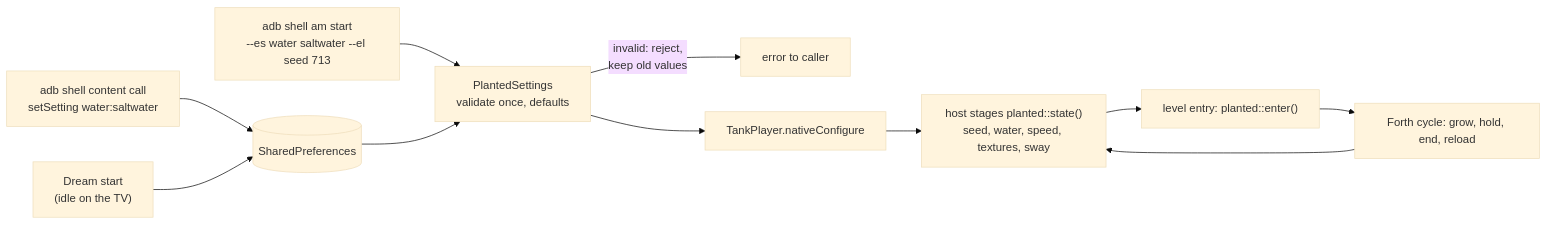
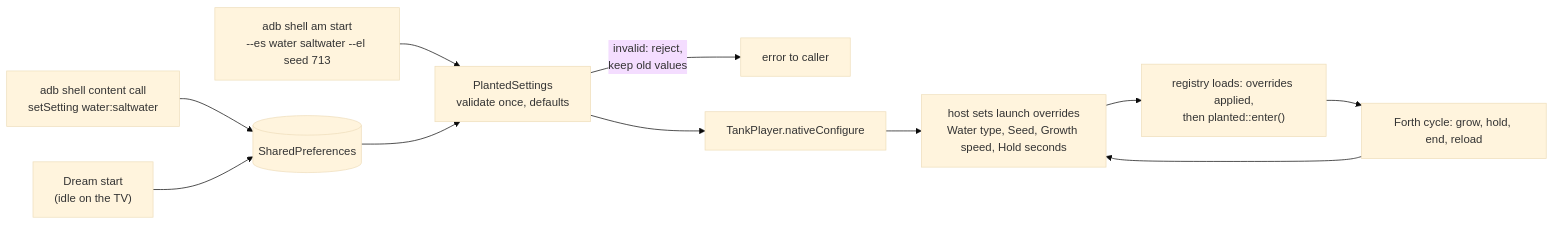
One commit to wbniv/WorldFoundry changed the third of 3 diagrams in docs/plans/2026-10-21-planted-tank-screensaver.md. Above: the diagram before and after it, drawn with Mermaid (base theme). The commit also changed other lines of this file and 9 other files, not shown here.

First line of the commit message:
Planted Tank plan: plants only, generic seam approved, hold stays a parameter

````diff
--- a/docs/plans/2026-10-21-planted-tank-screensaver.md
+++ b/docs/plans/2026-10-21-planted-tank-screensaver.md
@@ -73,13 +74,13 @@
 ```mermaid
 flowchart LR
     A["adb shell am start<br/>--es water saltwater --el seed 713"] --> V
     B["adb shell content call<br/>setSetting water:saltwater"] --> P[("SharedPreferences")]
     P --> V
     D["Dream start<br/>(idle on the TV)"] --> P
     V["PlantedSettings<br/>validate once, defaults"] -->|"invalid: reject,<br/>keep old values"| X["error to caller"]
     V --> N["TankPlayer.nativeConfigure"]
-    N --> S["host stages planted::state()<br/>seed, water, speed, textures, sway"]
-    S --> R["level entry: planted::enter()"]
+    N --> S["host sets launch overrides<br/>Water type, Seed, Growth speed, Hold seconds"]
+    S --> R["registry loads: overrides applied,<br/>then planted::enter()"]
     R --> C["Forth cycle: grow, hold, end, reload"]
     C --> S
 ```
````
